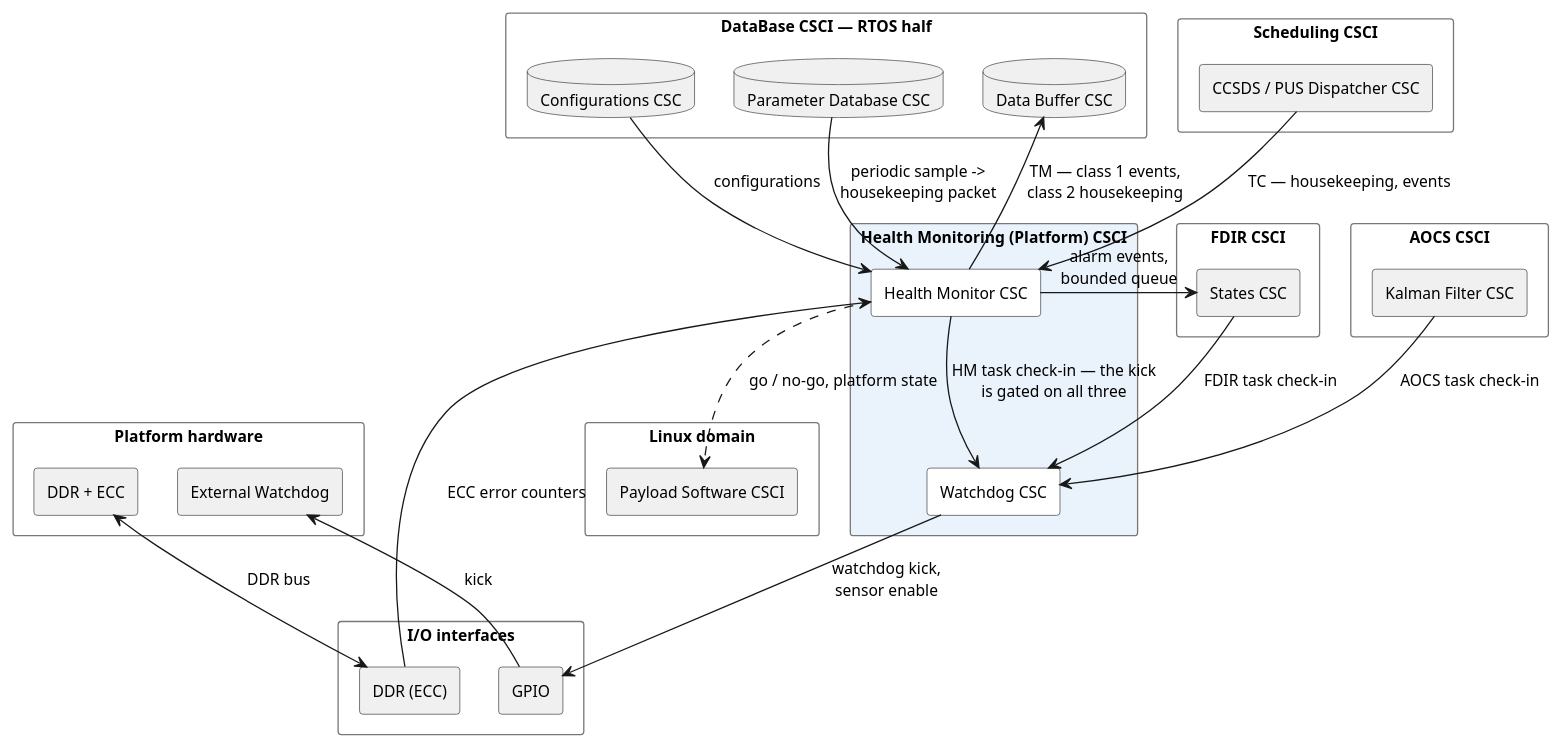
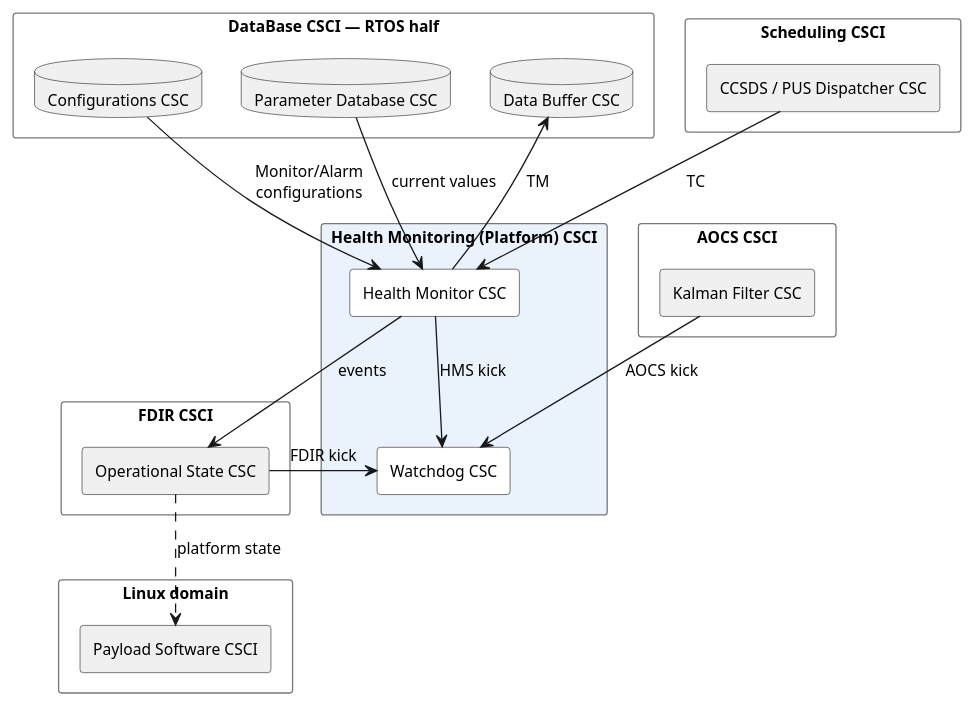
One commit to seapit/urban-memory changed the diagram in docs/puml/obc-csci-health-platform.puml. Above: the diagram before and after it, drawn with PlantUML. The commit also changed 8 other files, not shown here.

Commit message:
Update plantuml sources, add linux-domain database diagram

```diff
--- a/docs/puml/obc-csci-health-platform.puml
+++ b/docs/puml/obc-csci-health-platform.puml
@@ -1,77 +1,55 @@
 @startuml
-' Health Monitoring (Platform) CSCI — the CSCI in full, with every relation that crosses its boundary.
-' Everything drawn in grey is context: it is shown only far enough to say what
-' this CSCI talks to. The whole picture is in obc-csci-full.puml.
-' GENERATED from obc-csci-full.puml — edit that file, then re-run split.py.
-
 skinparam componentStyle rectangle
 skinparam packageStyle rectangle
 skinparam shadowing false
 skinparam nodesep 30
 skinparam ranksep 58
 skinparam defaultFontSize 12
 skinparam wrapWidth 240
 skinparam package {
   BackgroundColor #FFFFFF
   BorderColor #777777
 }
 skinparam component {
   BackgroundColor #FFFFFF
   BorderColor #333333
 }
 skinparam database {
   BackgroundColor #FFFFFF
   BorderColor #333333
 }
 
-' ---------------------------------------------- the CSCI under view
 package "Health Monitoring (Platform) CSCI" as HM #EAF2FB {
   component "Watchdog CSC" as WD
   component "Health Monitor CSC" as HMON
 }
 
-' ---------------------------------------------- context only
 package "DataBase CSCI — RTOS half" as DBRT {
   database "Data Buffer CSC" as DBUF #F0F0F0
   database "Configurations CSC" as CFG #F0F0F0
   database "Parameter Database CSC" as PDB #F0F0F0
 }
 package "Scheduling CSCI" as SCHED {
   component "CCSDS / PUS Dispatcher CSC" as CCSDS #F0F0F0
 }
 package "FDIR CSCI" as FDIR {
-  component "States CSC" as STATES #F0F0F0
+  component "Operational State CSC" as STATES #F0F0F0
 }
 package "AOCS CSCI" as AOCS {
   component "Kalman Filter CSC" as FILTER #F0F0F0
 }
-package "I/O interfaces" as IFACE {
-  component "GPIO" as GPIO #F0F0F0
-  component "DDR (ECC)" as DDRIF #F0F0F0
-}
 package "Linux domain" as LINDOM {
   component "Payload Software CSCI" as PAY #F0F0F0
 }
-package "Platform hardware" as PHW {
-  component "External Watchdog" as EXTWD #F0F0F0
-  component "DDR + ECC" as DDR #F0F0F0
-}
+HMON --> WD : HMS kick
 
-' ---------------------------------------------- inside the CSCI
-HMON --> WD : HM task check-in — the kick\nis gated on all three
-
-' ---------------------------------------------- across its boundary
-CFG --> HMON : configurations
-PDB --> HMON : periodic sample ->\nhousekeeping packet
-CCSDS --> HMON : TC — housekeeping, events
-HMON --> DBUF : TM — class 1 events,\nclass 2 housekeeping
-HMON --> STATES : alarm events,\nbounded queue
-FILTER --> WD : AOCS task check-in
-STATES --> WD : FDIR task check-in
-WD --> GPIO : watchdog kick,\nsensor enable
-DDRIF --> HMON : ECC error counters
-HMON ..> PAY : go / no-go, platform state
-GPIO --> EXTWD : kick
-DDR <--> DDRIF : DDR bus
+CFG --> HMON : Monitor/Alarm\nconfigurations
+PDB --> HMON : current values
+CCSDS --> HMON : TC
+HMON --> DBUF : TM
+HMON --> STATES : events
+FILTER --> WD : AOCS kick
+STATES --> WD : FDIR kick
+STATES ..> PAY : platform state
 
 @enduml
```
